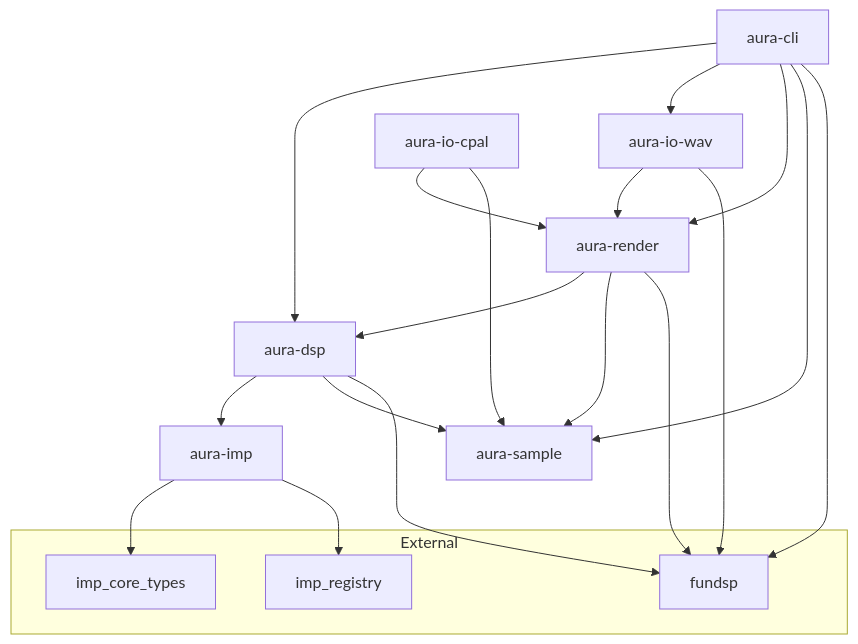
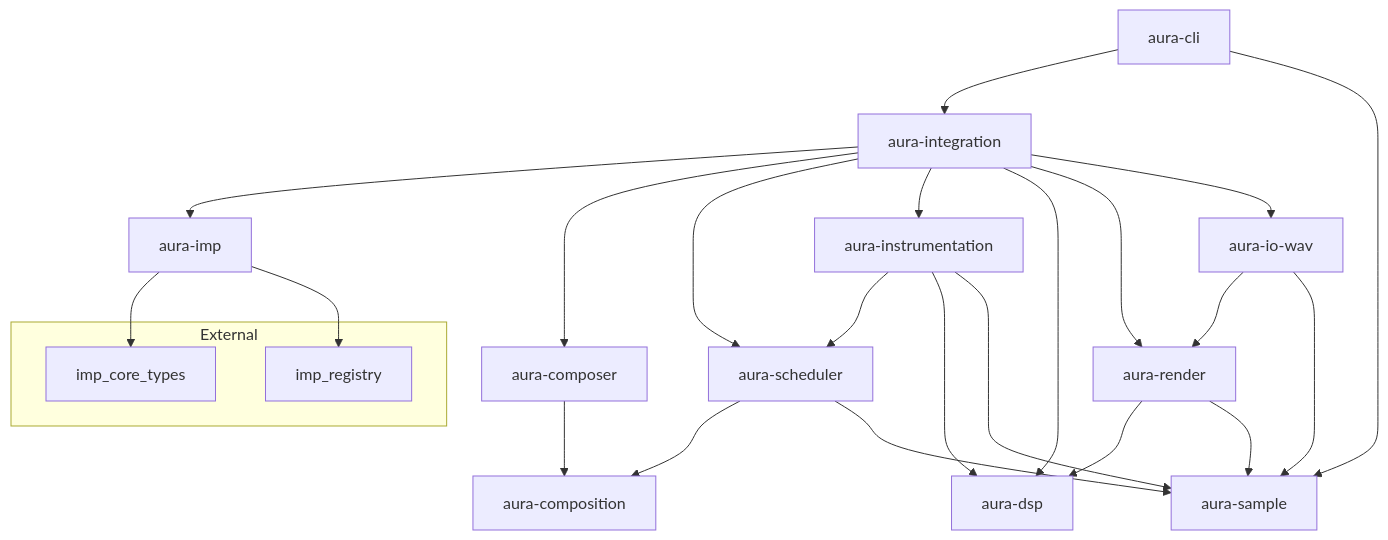
One commit to silentorb/aura changed the diagram in README.md. Above: the diagram before and after it, drawn with Mermaid. The commit also changed other lines of this file and 40 other files, not shown here.

First line of the commit message:
Replace FunDSP with pure Time→Sample aura-dsp and a custom Imp graph sampler, plus graph-driven CLI and JSON demos.

````diff
--- a/README.md
+++ b/README.md
@@ -55,34 +70,41 @@
 ```mermaid
 flowchart TD
   subgraph external [External]
     impCore[imp_core_types]
     impReg[imp_registry]
-    fundsp[fundsp]
   end
 
   sample[aura-sample]
+  composition[aura-composition]
+  composer[aura-composer]
+  scheduler[aura-scheduler]
+  instrumentation[aura-instrumentation]
   auraImp[aura-imp]
   dsp[aura-dsp]
   render[aura-render]
   ioWav[aura-io-wav]
-  ioCpal[aura-io-cpal]
+  integration[aura-integration]
   cli[aura-cli]
 
   auraImp --> impCore
   auraImp --> impReg
-  dsp --> auraImp
-  dsp --> sample
-  dsp --> fundsp
+  composer --> composition
+  scheduler --> composition
+  scheduler --> sample
+  instrumentation --> scheduler
+  instrumentation --> dsp
+  instrumentation --> sample
   render --> dsp
   render --> sample
-  render --> fundsp
   ioWav --> render
-  ioWav --> fundsp
-  ioCpal --> render
-  ioCpal --> sample
-  cli --> dsp
-  cli --> ioWav
-  cli --> render
+  ioWav --> sample
+  integration --> auraImp
+  integration --> composer
+  integration --> scheduler
+  integration --> instrumentation
+  integration --> dsp
+  integration --> render
+  integration --> ioWav
+  cli --> integration
   cli --> sample
-  cli --> fundsp
 ```
````
